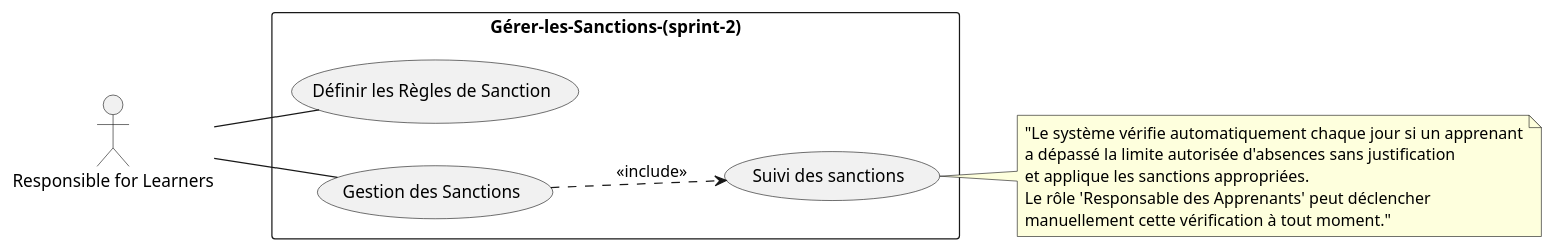
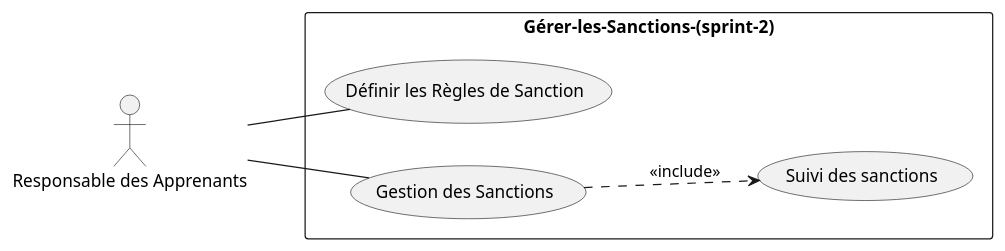
Before and after one commit to Tribak-Ayoub/Project-fil-rouge: the diagram in Functional Branch/Use Case/Use-Case-Sprint2.puml, drawn with PlantUML. The commit also changed 9 other files, not shown here.

```diff
--- a/Functional Branch/Use Case/Use-Case-Sprint2.puml
+++ b/Functional Branch/Use Case/Use-Case-Sprint2.puml
@@ -1,24 +1,16 @@
 @startuml
 left to right direction
-actor "Responsible for Learners" as Admin
+actor "Responsable des Apprenants" as Admin
 
 rectangle Gérer-les-Sanctions-(sprint-2) {
   usecase "Définir les Règles de Sanction" as UC1
   usecase "Suivi des sanctions" as UC2
   usecase "Gestion des Sanctions" as UC5
 }
 
-note right of UC2
-"Le système vérifie automatiquement chaque jour si un apprenant
-a dépassé la limite autorisée d'absences sans justification 
-et applique les sanctions appropriées.
-Le rôle 'Responsable des Apprenants' peut déclencher 
-manuellement cette vérification à tout moment."
-end note
-
 Admin -- UC5
 Admin -- UC1
 
 UC5 ..> UC2 : <<include>>
 
 @enduml
```
